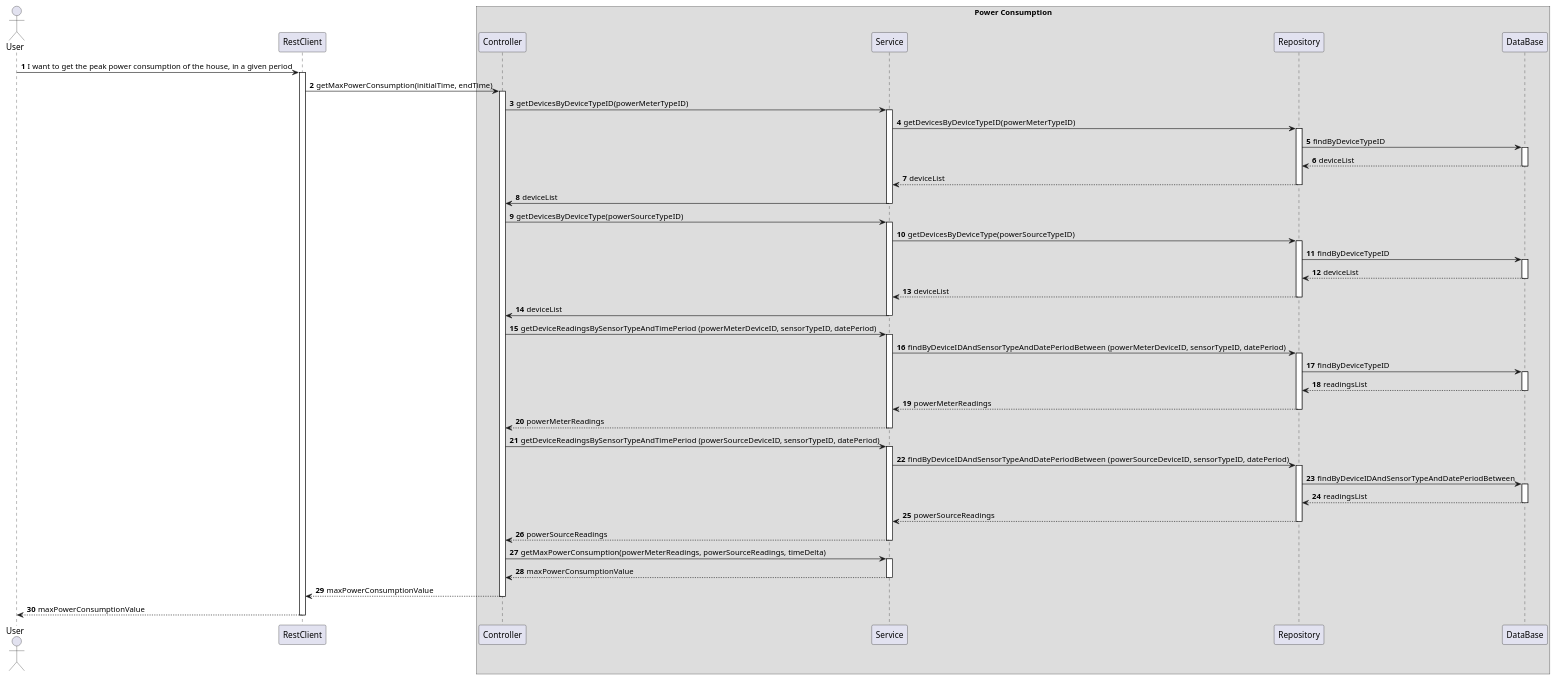
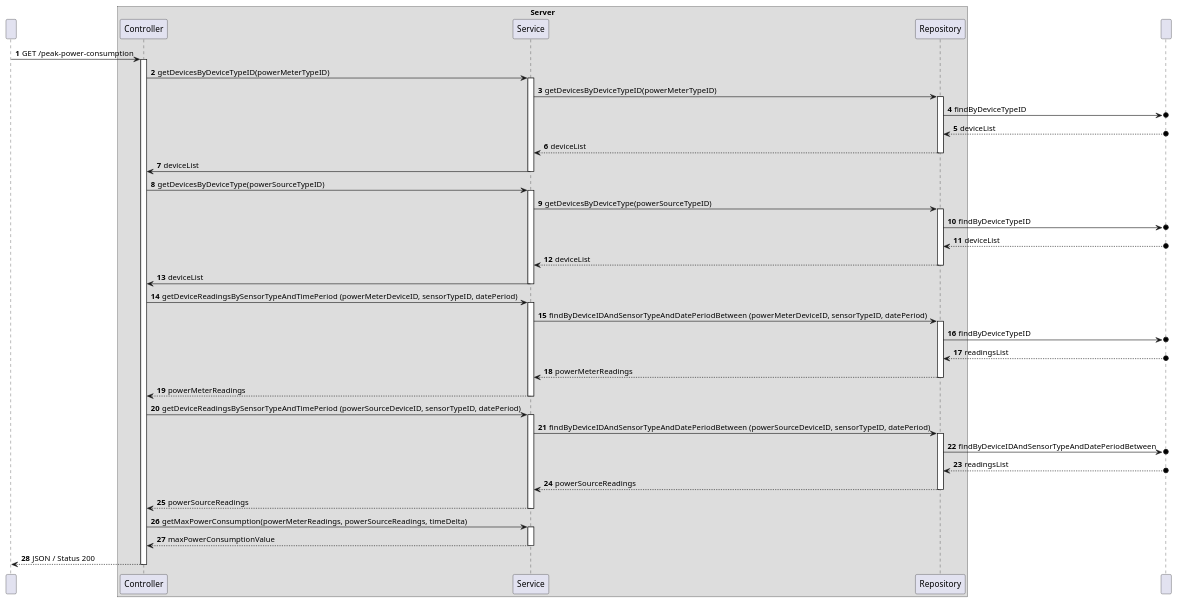
Before and after one commit to olivDiogo/SmartHome: the diagram in docs/ooa/C4_4plus1_models/Level3/ProcessView/ProcessViewLevel3_UC14.puml, drawn with PlantUML. The commit also changed 3 other files, not shown here.

```diff
--- a/docs/ooa/C4_4plus1_models/Level3/ProcessView/ProcessViewLevel3_UC14.puml
+++ b/docs/ooa/C4_4plus1_models/Level3/ProcessView/ProcessViewLevel3_UC14.puml
@@ -1,142 +1,121 @@
 @startuml
 'https://plantuml.com/sequence-diagram
 
-actor "User" as User
-participant RestClient as "RestClient"
-box "Power Consumption"
+
+participant " " as HTTP
+
+box "Server"
 participant Controller as "Controller"
 participant Service as "Service"
 participant Repository as "Repository"
-participant DataBase as "DataBase"
 end box
+
+participant DataBase as " "
 
 autonumber
 
-User -> RestClient :  I want to get the peak power consumption of the house, in a given period
-activate RestClient
-
-RestClient -> Controller: getMaxPowerConsumption(initialTime, endTime)
+HTTP -> Controller : GET /peak-power-consumption
 
 activate Controller
 
 Controller -> Service: getDevicesByDeviceTypeID(powerMeterTypeID)
 
 activate Service
 
 Service -> Repository: getDevicesByDeviceTypeID(powerMeterTypeID)
 
 activate Repository
 
-Repository -> DataBase: findByDeviceTypeID
+Repository ->o DataBase: findByDeviceTypeID
 
-activate DataBase
-
-DataBase --> Repository : deviceList
-
-deactivate DataBase
+DataBase o--> Repository : deviceList
 
 Repository --> Service: deviceList
 
 deactivate Repository
 
 Service -> Controller: deviceList
 
 deactivate Service
 
 '--------------------------------------------'
 
 Controller -> Service: getDevicesByDeviceType(powerSourceTypeID)
 
 activate Service
 
 Service -> Repository: getDevicesByDeviceType(powerSourceTypeID)
 
 activate Repository
 
-Repository -> DataBase: findByDeviceTypeID
+Repository ->o DataBase: findByDeviceTypeID
 
-activate DataBase
-
-DataBase --> Repository : deviceList
-
-deactivate DataBase
+DataBase o--> Repository : deviceList
 
 Repository --> Service: deviceList
 
 deactivate Repository
 
 Service -> Controller: deviceList
 
 deactivate Service
 
 '--------------------------------------------'
 
 Controller -> Service: getDeviceReadingsBySensorTypeAndTimePeriod (powerMeterDeviceID, sensorTypeID, datePeriod)
 
 activate Service
 
 Service -> Repository: findByDeviceIDAndSensorTypeAndDatePeriodBetween (powerMeterDeviceID, sensorTypeID, datePeriod)
 
 activate Repository
 
-Repository -> DataBase: findByDeviceTypeID
+Repository ->o DataBase: findByDeviceTypeID
 
-activate DataBase
-
-DataBase --> Repository : readingsList
-
-deactivate DataBase
+DataBase o--> Repository : readingsList
 
 Repository --> Service: powerMeterReadings
 
 deactivate Repository
 
 Service --> Controller: powerMeterReadings
 
 deactivate Service
 
 Controller -> Service: getDeviceReadingsBySensorTypeAndTimePeriod (powerSourceDeviceID, sensorTypeID, datePeriod)
 
 '--------------------------------------------'
 
 activate Service
 
 Service -> Repository: findByDeviceIDAndSensorTypeAndDatePeriodBetween (powerSourceDeviceID, sensorTypeID, datePeriod)
 
 activate Repository
 
-Repository -> DataBase: findByDeviceIDAndSensorTypeAndDatePeriodBetween
+Repository ->o DataBase: findByDeviceIDAndSensorTypeAndDatePeriodBetween
 
-activate DataBase
-
-DataBase --> Repository : readingsList
-
-deactivate DataBase
+DataBase o--> Repository : readingsList
 
 Repository --> Service: powerSourceReadings
 
 deactivate Repository
 
 Service --> Controller: powerSourceReadings
 
 deactivate Service
 
 Controller -> Service: getMaxPowerConsumption(powerMeterReadings, powerSourceReadings, timeDelta)
 
 '--------------------------------------------'
 
 activate Service
 
 Service --> Controller: maxPowerConsumptionValue
 
 deactivate Service
 
-Controller --> RestClient: maxPowerConsumptionValue
+Controller --> HTTP: JSON / Status 200
 
 deactivate Controller
 
-RestClient --> User: maxPowerConsumptionValue
-
-deactivate RestClient
-
 @enduml
```
